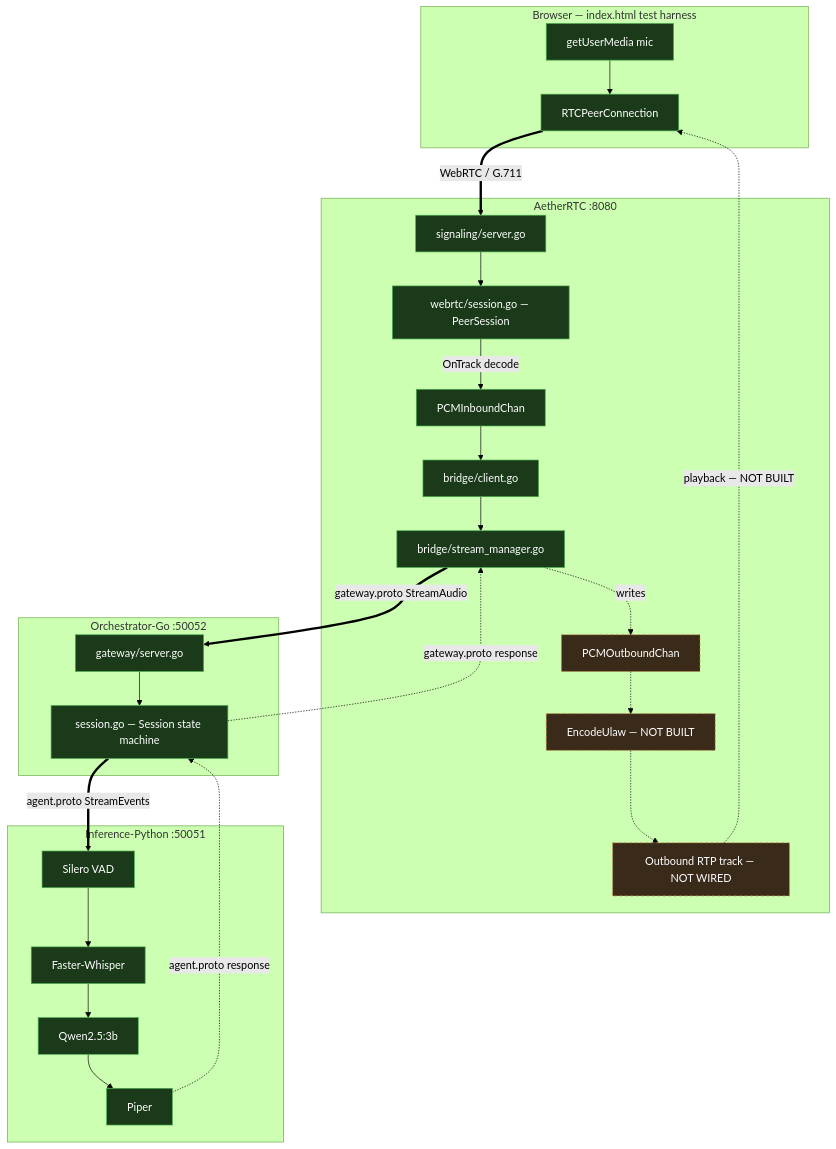
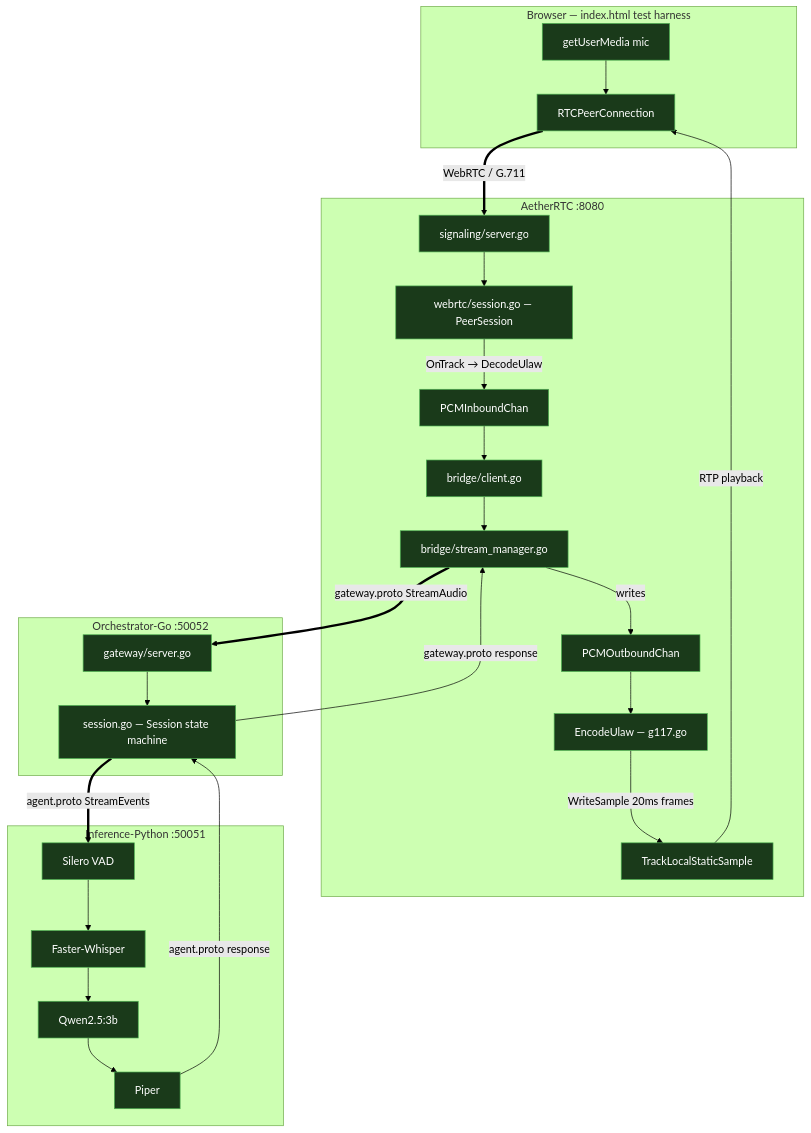
Before and after one commit to Adityarya11/voice-agent-runtime: the diagram in README.md, drawn with Mermaid (forest theme). The commit also changed other lines of this file and 1 other file, not shown here.

````diff
--- a/README.md
+++ b/README.md
@@ -73,54 +89,51 @@
 ```mermaid
 flowchart TB
     subgraph Browser["Browser — index.html test harness"]
         Mic["getUserMedia mic"]
         PC["RTCPeerConnection"]
     end
 
     subgraph AetherRTC["AetherRTC :8080"]
         Sig["signaling/server.go"]
         Peer["webrtc/session.go — PeerSession"]
         PCMIn["PCMInboundChan"]
         Client["bridge/client.go"]
         StreamMgr["bridge/stream_manager.go"]
         PCMOut["PCMOutboundChan"]
-        EncodeStub["EncodeUlaw — NOT BUILT"]
-        OutTrack["Outbound RTP track — NOT WIRED"]
+        Encode["EncodeUlaw — g117.go"]
+        OutTrack["TrackLocalStaticSample"]
     end
 
     subgraph OrchGo["Orchestrator-Go :50052"]
         GwServer["gateway/server.go"]
         Sess["session.go — Session state machine"]
     end
 
-    subgraph Python[" Inference-Python :50051"]
+    subgraph Python["Inference-Python :50051"]
         VAD["Silero VAD"]
         STT["Faster-Whisper"]
         LLM["Qwen2.5:3b"]
         TTS["Piper"]
     end
 
     Mic --> PC
     PC == "WebRTC / G.711" ==> Sig
     Sig --> Peer
-    Peer -- "OnTrack decode" --> PCMIn
+    Peer -- "OnTrack → DecodeUlaw" --> PCMIn
     PCMIn --> Client
     Client --> StreamMgr
     StreamMgr == "gateway.proto StreamAudio" ==> GwServer
     GwServer --> Sess
     Sess == "agent.proto StreamEvents" ==> VAD
     VAD --> STT --> LLM --> TTS
 
-    TTS -. "agent.proto response" .-> Sess
-    Sess -. "gateway.proto response" .-> StreamMgr
-    StreamMgr -. "writes" .-> PCMOut
-    PCMOut -.-> EncodeStub
-    EncodeStub -.-> OutTrack
-    OutTrack -. "playback — NOT BUILT" .-> PC
+    TTS -- "agent.proto response" --> Sess
+    Sess -- "gateway.proto response" --> StreamMgr
+    StreamMgr -- "writes" --> PCMOut
+    PCMOut --> Encode
+    Encode -- "WriteSample 20ms frames" --> OutTrack
+    OutTrack -- "RTP playback" --> PC
 
     classDef built fill:#1a3a1a,stroke:#4caf50,color:#fff
-    classDef pending fill:#3a2a1a,stroke:#c97d3a,stroke-dasharray: 4 4,color:#fff
-
-    class Mic,PC,Sig,Peer,PCMIn,Client,StreamMgr,GwServer,Sess,VAD,STT,LLM,TTS built
-    class PCMOut,EncodeStub,OutTrack pending
+    class Mic,PC,Sig,Peer,PCMIn,Client,StreamMgr,GwServer,Sess,VAD,STT,LLM,TTS,PCMOut,Encode,OutTrack built
 ```
````
